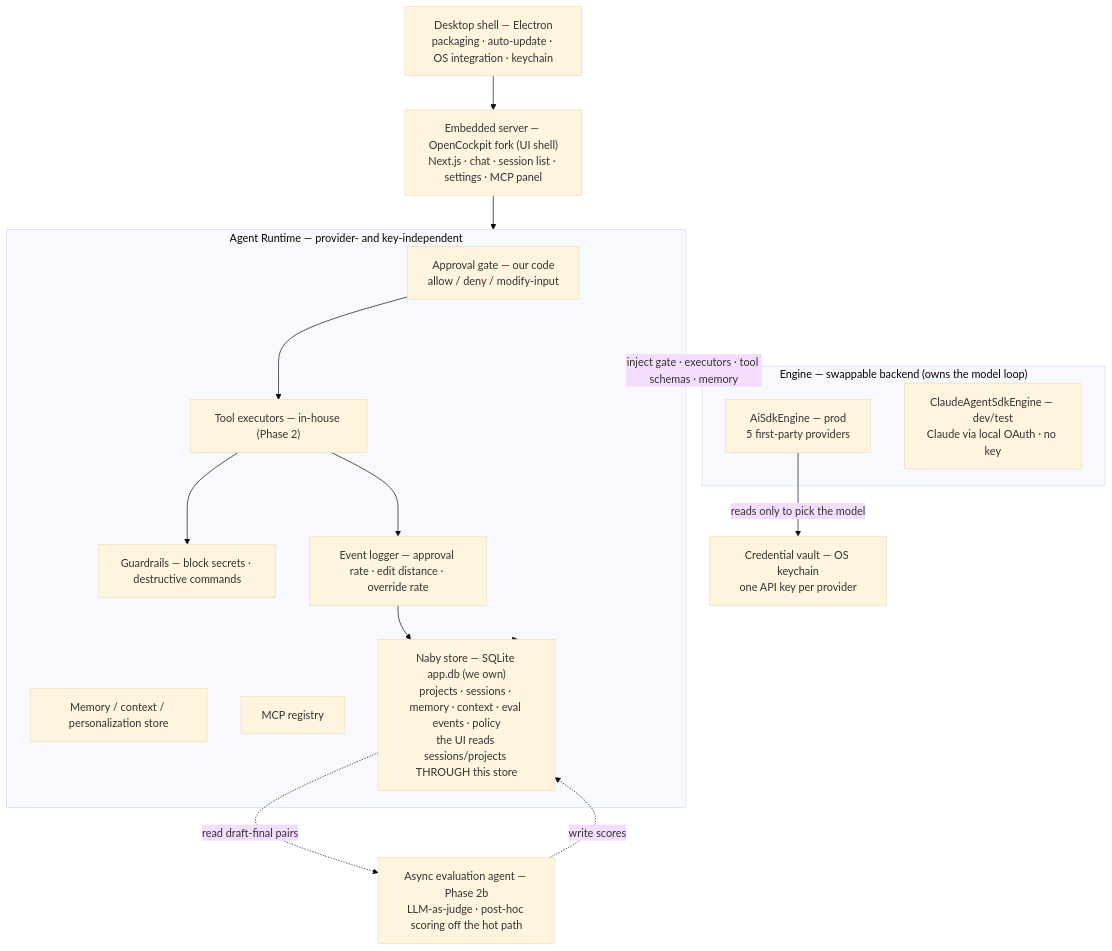
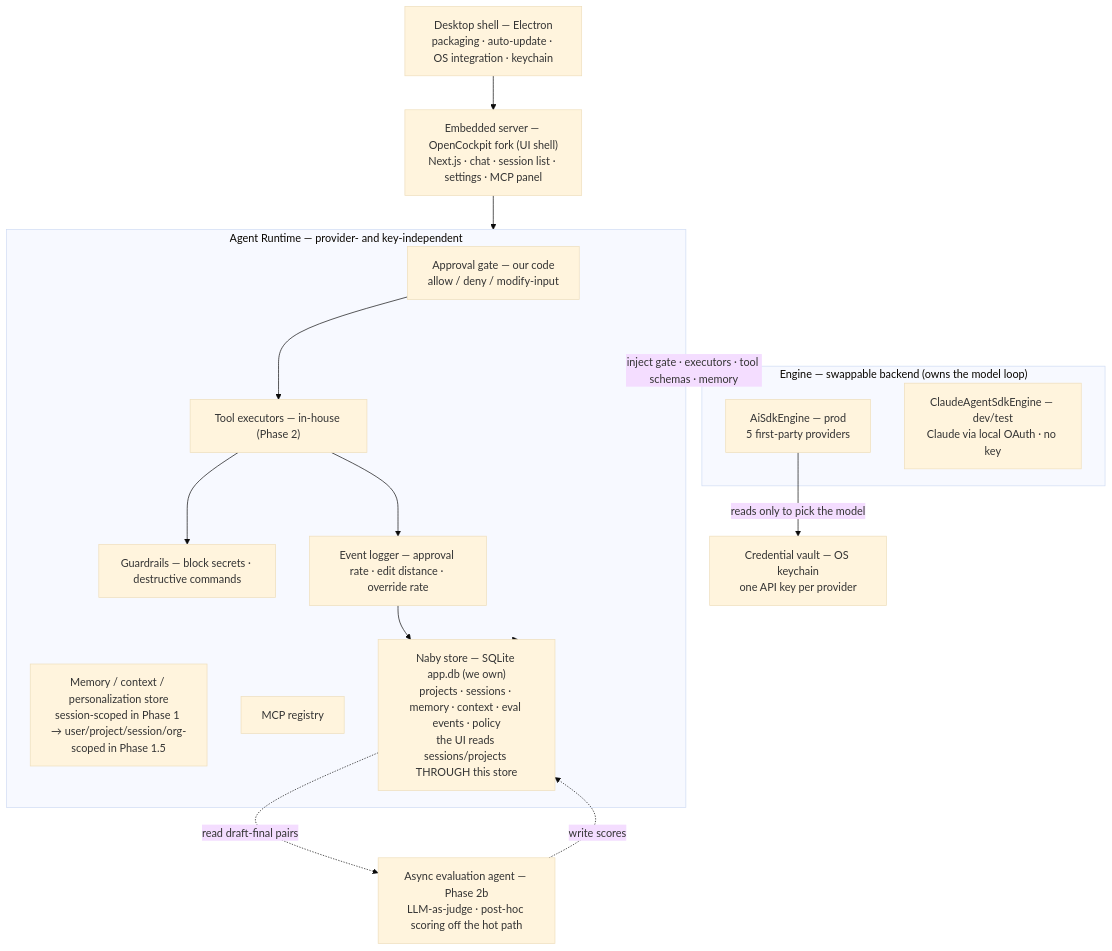
One commit to leonardo204/naby changed the diagram in ref-docs/specs/design/personalized-agent-desktop-app.md. Above: the diagram before and after it, drawn with Mermaid (base theme). The commit also changed other lines of this file and 8 other files, not shown here.

````diff
--- a/ref-docs/specs/design/personalized-agent-desktop-app.md
+++ b/ref-docs/specs/design/personalized-agent-desktop-app.md
@@ -104,30 +105,30 @@
 ```mermaid
 flowchart TD
   A["Desktop shell — Electron<br>packaging · auto-update · OS integration · keychain"]
   B["Embedded server — OpenCockpit fork (UI shell)<br>Next.js · chat · session list · settings · MCP panel"]
   subgraph RT["Agent Runtime — provider- and key-independent"]
     G["Approval gate — our code<br>allow / deny / modify-input"]
     F["Tool executors — in-house (Phase 2)"]
-    MEM["Memory / context / personalization store"]
+    MEM["Memory / context / personalization store<br>session-scoped in Phase 1 → user/project/session/org-scoped in Phase 1.5"]
     MCP["MCP registry"]
     H["Guardrails — block secrets · destructive commands"]
     J["Event logger — approval rate · edit distance · override rate"]
     K["Naby store — SQLite app.db (we own)<br>projects · sessions · memory · context · eval events · policy<br>the UI reads sessions/projects THROUGH this store"]
   end
   subgraph ENG["Engine — swappable backend (owns the model loop)"]
     E1["AiSdkEngine — prod<br>5 first-party providers"]
     E2["ClaudeAgentSdkEngine — dev/test<br>Claude via local OAuth · no key"]
   end
   N["Credential vault — OS keychain<br>one API key per provider"]
   L["Async evaluation agent — Phase 2b<br>LLM-as-judge · post-hoc scoring off the hot path"]
   A --> B --> RT
   RT -->|"inject gate · executors · tool schemas · memory"| ENG
   E1 -->|"reads only to pick the model"| N
   G --> F
   F --> H
   F --> J
   RT --> K
   J --> K
   K -. read draft-final pairs .-> L
   L -. write scores .-> K
 ```
````
